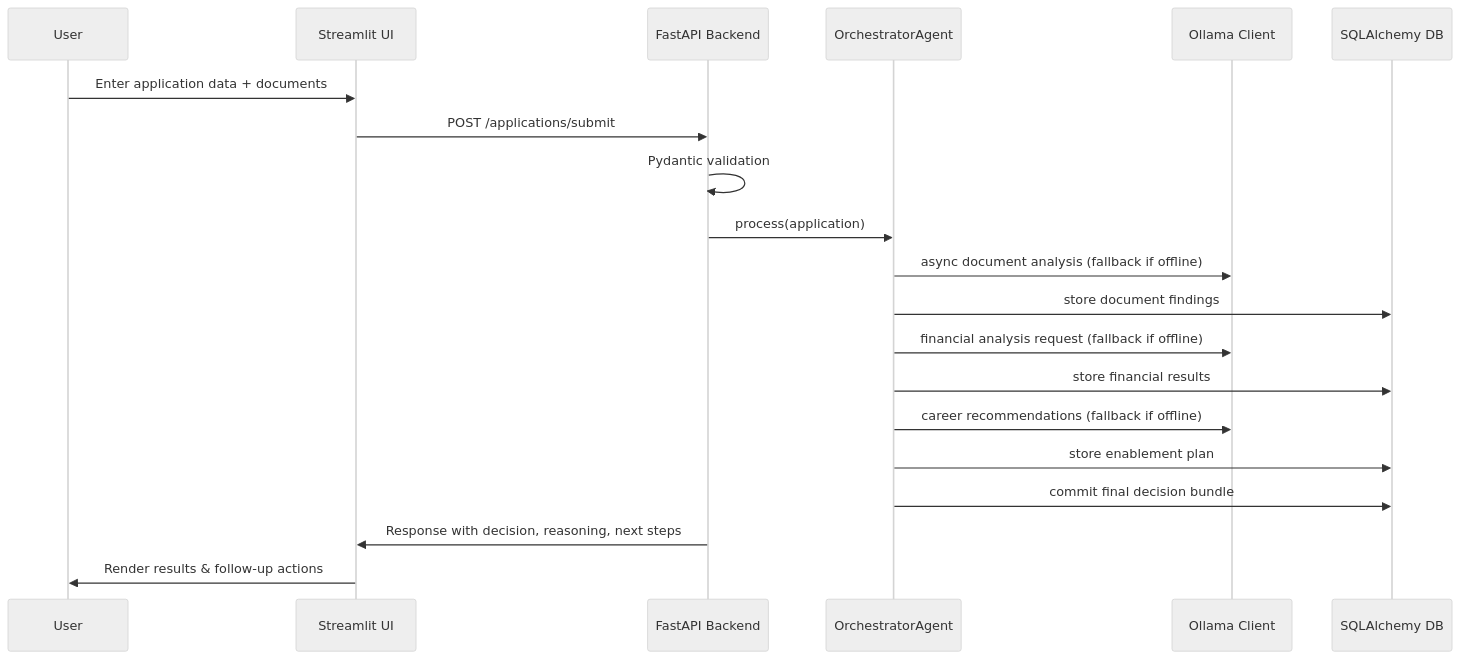
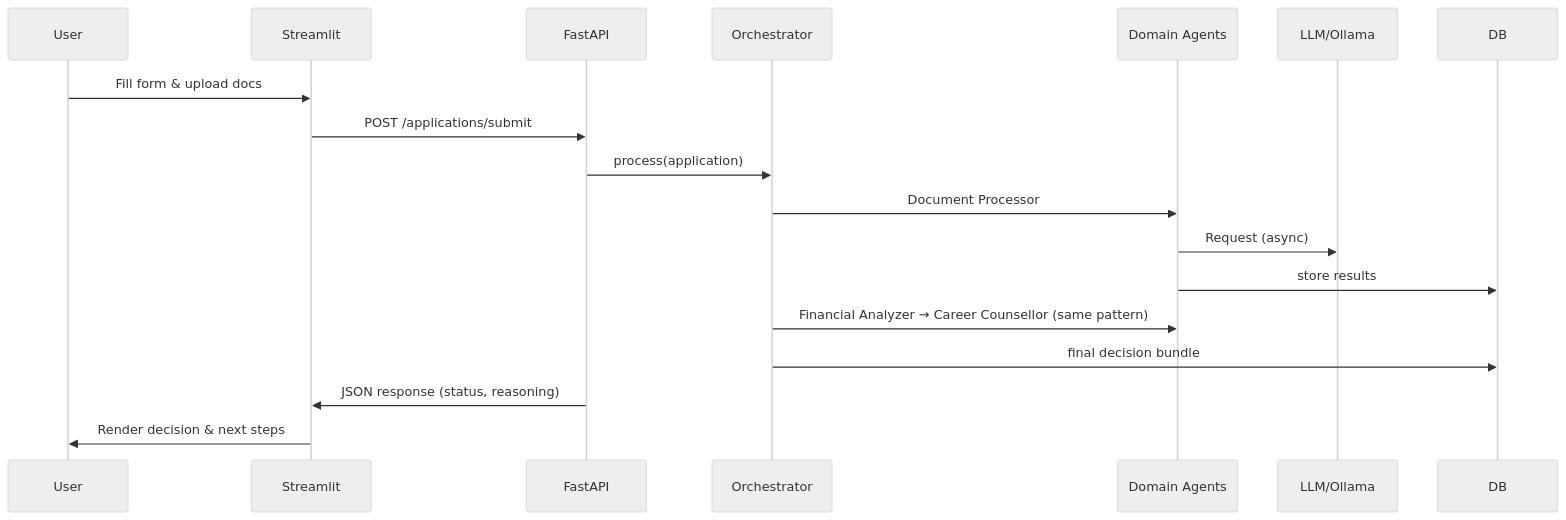
Before and after one commit to pratyushlohumi26/social-support-agent: the second of 2 diagrams in docs/solution_summary.md, drawn with Mermaid (neutral theme). The commit also changed other lines of this file, not shown here.

````diff
--- a/docs/solution_summary.md
+++ b/docs/solution_summary.md
@@ -76,23 +62,21 @@
 ```mermaid
 sequenceDiagram
-    participant User
-    participant UI as Streamlit UI
-    participant API as FastAPI Backend
-    participant ORC as OrchestratorAgent
-    participant LLM as Ollama Client
-    participant DB as SQLAlchemy DB
+    participant U as User
+    participant ST as Streamlit
+    participant API as FastAPI
+    participant ORC as Orchestrator
+    participant AG as Domain Agents
+    participant LLM as LLM/Ollama
+    participant DB as DB
 
-    User->>UI: Enter application data + documents
-    UI->>API: POST /applications/submit
-    API->>API: Pydantic validation
+    U->>ST: Fill form & upload docs
+    ST->>API: POST /applications/submit
     API->>ORC: process(application)
-    ORC->>LLM: async document analysis (fallback if offline)
-    ORC->>DB: store document findings
-    ORC->>LLM: financial analysis request (fallback if offline)
-    ORC->>DB: store financial results
-    ORC->>LLM: career recommendations (fallback if offline)
-    ORC->>DB: store enablement plan
-    ORC->>DB: commit final decision bundle
-    API->>UI: Response with decision, reasoning, next steps
-    UI->>User: Render results & follow-up actions
+    ORC->>AG: Document Processor
+    AG->>LLM: Request (async)
+    AG->>DB: store results
+    ORC->>AG: Financial Analyzer → Career Counsellor (same pattern)
+    ORC->>DB: final decision bundle
+    API->>ST: JSON response (status, reasoning)
+    ST->>U: Render decision & next steps
 ```
````
